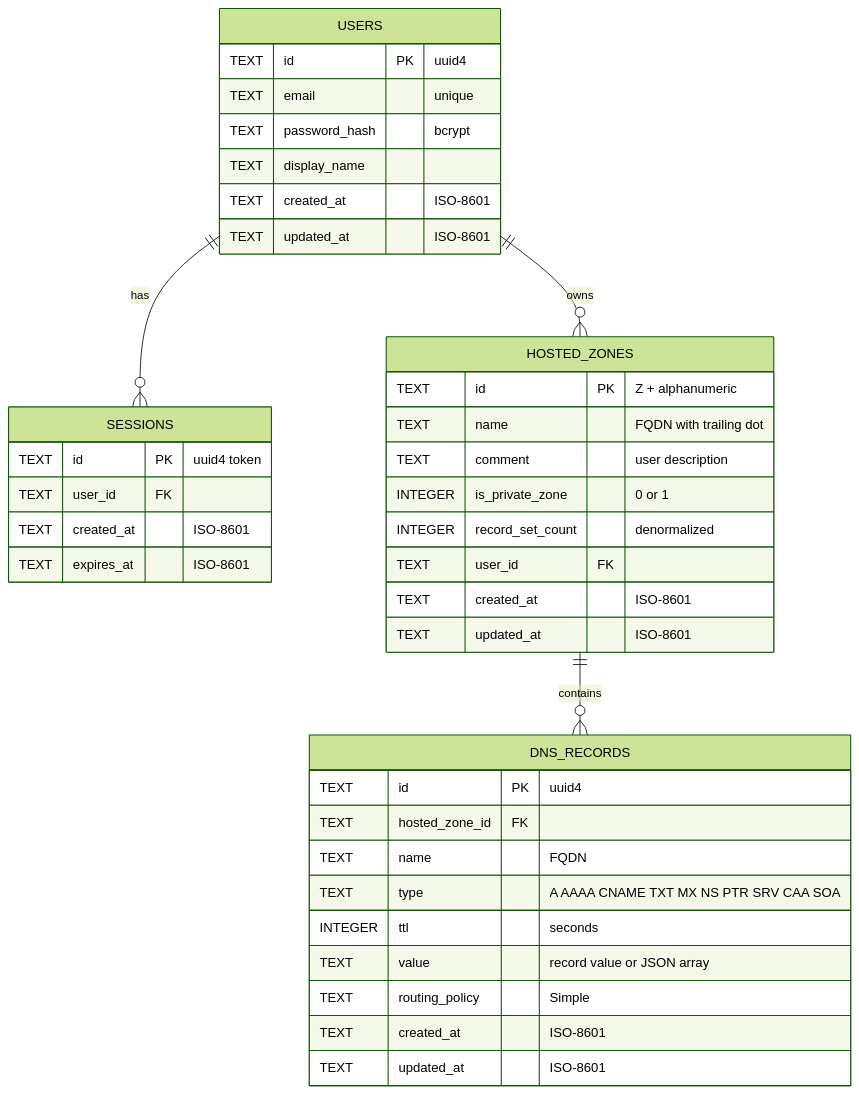
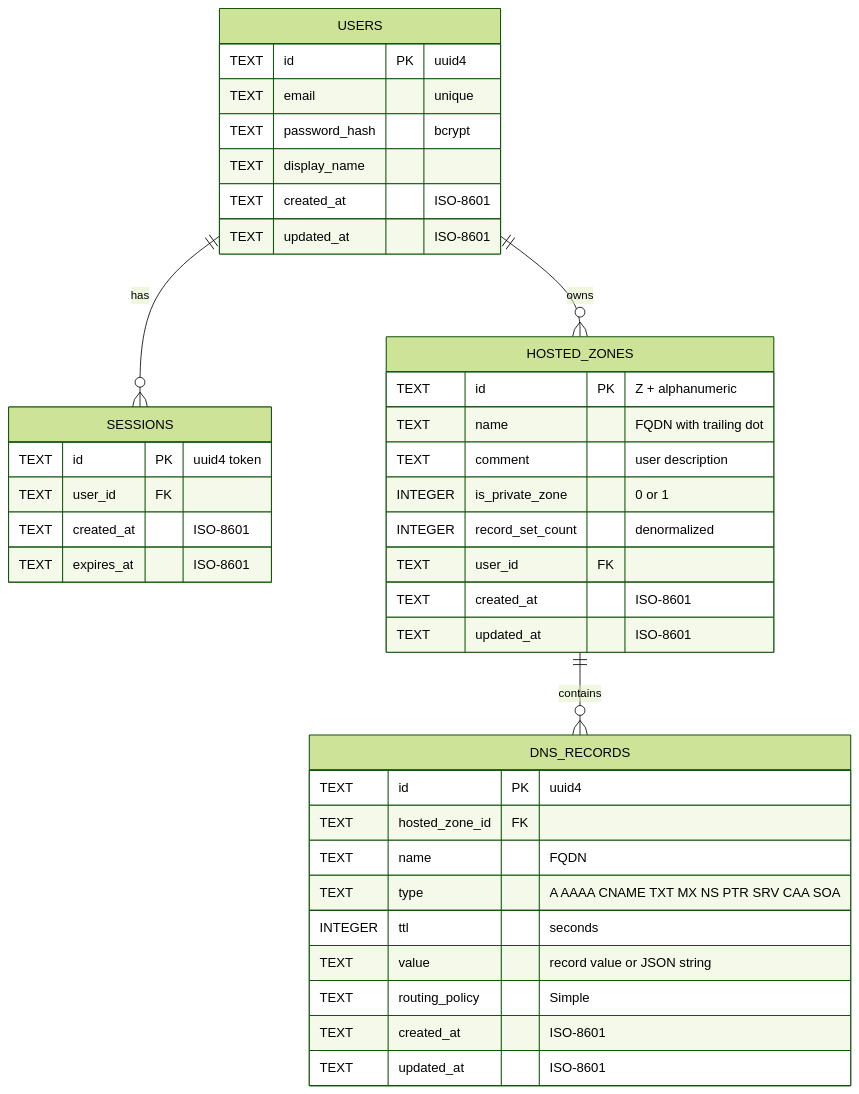
Before and after one commit to GopalVashishta/awsRoute53-Clone: the diagram in README.md, drawn with Mermaid (forest theme). The commit also changed other lines of this file and 35 other files, not shown here.

````diff
--- a/README.md
+++ b/README.md
@@ -197,45 +173,45 @@
 ```mermaid
 erDiagram
     USERS ||--o{ SESSIONS : "has"
     USERS ||--o{ HOSTED_ZONES : "owns"
     HOSTED_ZONES ||--o{ DNS_RECORDS : "contains"
 
     USERS {
         TEXT id PK "uuid4"
         TEXT email "unique"
         TEXT password_hash "bcrypt"
         TEXT display_name
         TEXT created_at "ISO-8601"
         TEXT updated_at "ISO-8601"
     }
 
     SESSIONS {
         TEXT id PK "uuid4 token"
         TEXT user_id FK
         TEXT created_at "ISO-8601"
         TEXT expires_at "ISO-8601"
     }
 
     HOSTED_ZONES {
         TEXT id PK "Z + alphanumeric"
         TEXT name "FQDN with trailing dot"
         TEXT comment "user description"
         INTEGER is_private_zone "0 or 1"
         INTEGER record_set_count "denormalized"
         TEXT user_id FK
         TEXT created_at "ISO-8601"
         TEXT updated_at "ISO-8601"
     }
 
     DNS_RECORDS {
         TEXT id PK "uuid4"
         TEXT hosted_zone_id FK
         TEXT name "FQDN"
         TEXT type "A AAAA CNAME TXT MX NS PTR SRV CAA SOA"
         INTEGER ttl "seconds"
-        TEXT value "record value or JSON array"
+        TEXT value "record value or JSON string"
         TEXT routing_policy "Simple"
         TEXT created_at "ISO-8601"
         TEXT updated_at "ISO-8601"
     }
 ```
````
